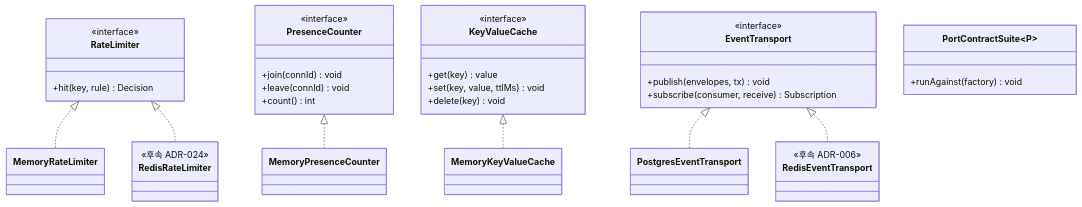
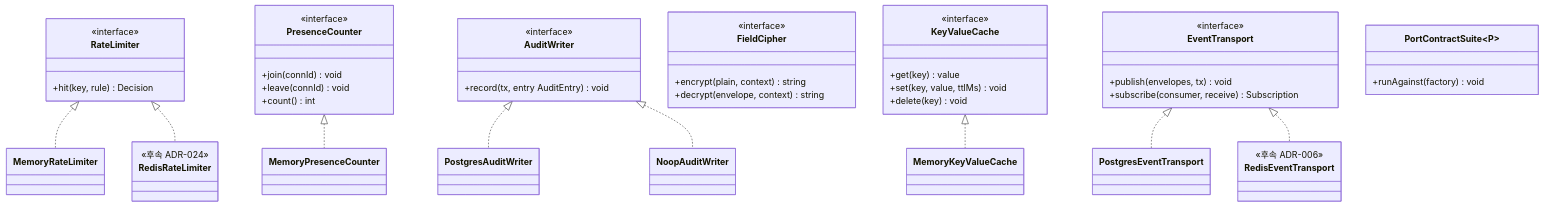
Before and after one commit to 1985jwlee/portpolio_backend: the sixth of 33 diagrams in docs/design/features/16-cross-cutting.md, drawn with Mermaid. The commit also changed other lines of this file and 18 other files, not shown here.

````diff
--- a/docs/design/features/16-cross-cutting.md
+++ b/docs/design/features/16-cross-cutting.md
@@ -326,43 +326,56 @@
 ```mermaid
 classDiagram
     class RateLimiter {
         <<interface>>
         +hit(key, rule) Decision
     }
     class PresenceCounter {
         <<interface>>
         +join(connId) void
         +leave(connId) void
         +count() int
+    }
+    class AuditWriter {
+        <<interface>>
+        +record(tx, entry AuditEntry) void
+    }
+    class PostgresAuditWriter
+    class NoopAuditWriter
+    AuditWriter <|.. PostgresAuditWriter
+    AuditWriter <|.. NoopAuditWriter
+    class FieldCipher {
+        <<interface>>
+        +encrypt(plain, context) string
+        +decrypt(envelope, context) string
     }
     class KeyValueCache {
         <<interface>>
         +get(key) value
         +set(key, value, ttlMs) void
         +delete(key) void
     }
     class EventTransport {
         <<interface>>
         +publish(envelopes, tx) void
         +subscribe(consumer, receive) Subscription
     }
     class MemoryRateLimiter
     class MemoryPresenceCounter
     class MemoryKeyValueCache
     class PostgresEventTransport
     RateLimiter <|.. MemoryRateLimiter
     PresenceCounter <|.. MemoryPresenceCounter
     KeyValueCache <|.. MemoryKeyValueCache
     EventTransport <|.. PostgresEventTransport
     class RedisRateLimiter {
         <<후속 ADR-024>>
     }
     class RedisEventTransport {
         <<후속 ADR-006>>
     }
     RateLimiter <|.. RedisRateLimiter
     EventTransport <|.. RedisEventTransport
     class PortContractSuite~P~ {
         +runAgainst(factory) void
     }
 ```
````
